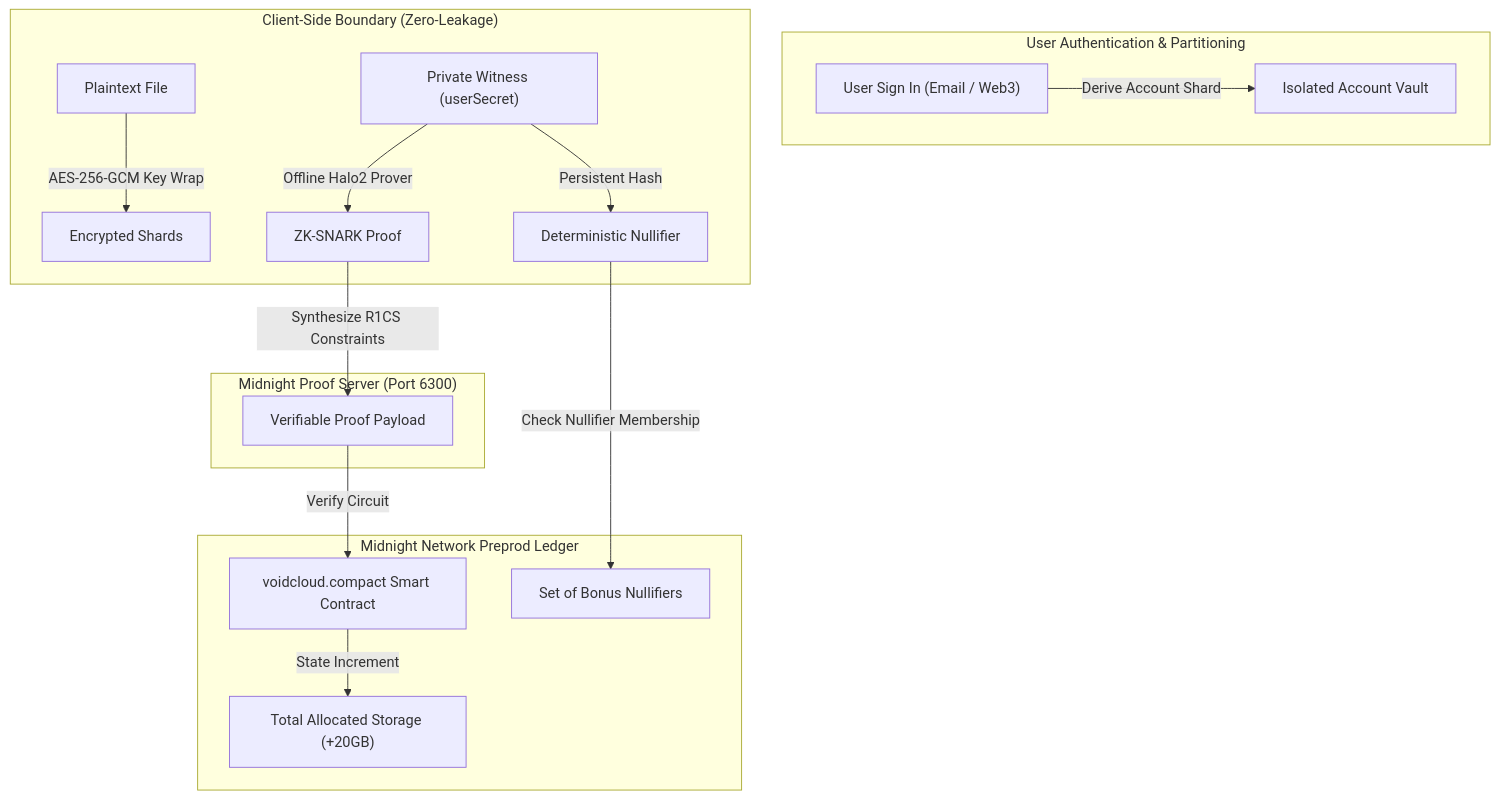
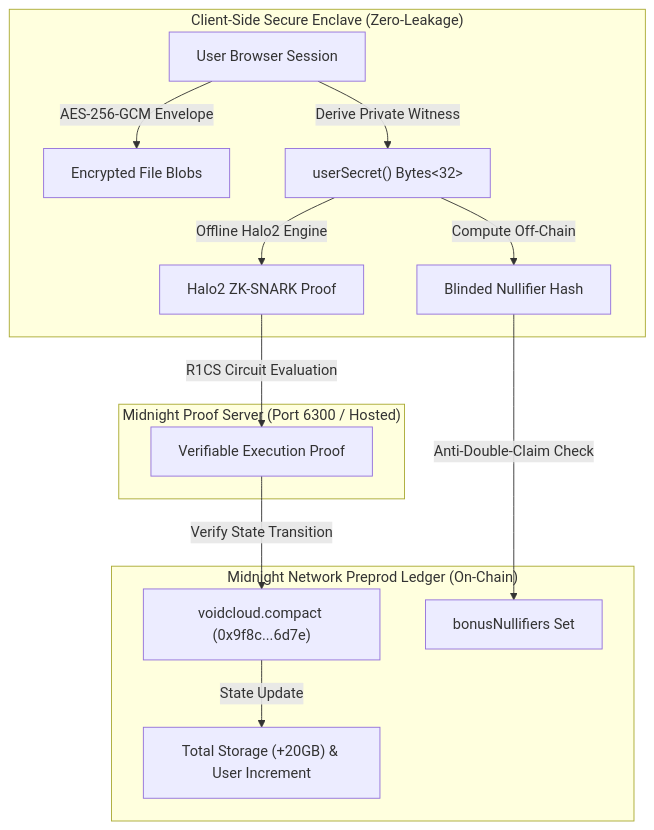
Before and after one commit to Shuvankar11/VoidCloud: the diagram in README.md, drawn with Mermaid. The commit also changed other lines of this file and 3 other files, not shown here.

Commit message:
feat: complete Level 2 Waxing Crescent submission with observable privacy runner, Compact circuit specs, and documentation

````diff
--- a/README.md
+++ b/README.md
@@ -22,22 +41,19 @@
 ```mermaid
 flowchart TD
-    subgraph Auth["User Authentication & Partitioning"]
-        UserLogin["User Sign In (Email / Web3)"] -->|"Derive Account Shard"| UserVault["Isolated Account Vault"]
+    subgraph Client["Client-Side Secure Enclave (Zero-Leakage)"]
+        User["User Browser Session"] -->|"AES-256-GCM Envelope"| EncFile["Encrypted File Blobs"]
+        User -->|"Derive Private Witness"| Witness["userSecret() Bytes<32>"]
+        Witness -->|"Compute Off-Chain"| Nullifier["Blinded Nullifier Hash"]
+        Witness -->|"Offline Halo2 Engine"| ZKProof["Halo2 ZK-SNARK Proof"]
     end
 
-    subgraph Client["Client-Side Boundary (Zero-Leakage)"]
-        RawFile["Plaintext File"] -->|"AES-256-GCM Key Wrap"| EncFile["Encrypted Shards"]
-        UserSecret["Private Witness (userSecret)"] -->|"Offline Halo2 Prover"| ZKProof["ZK-SNARK Proof"]
-        UserSecret -->|"Persistent Hash"| Nullifier["Deterministic Nullifier"]
+    subgraph ProofServer["Midnight Proof Server (Port 6300 / Hosted)"]
+        ZKProof -->|"R1CS Circuit Evaluation"| ProverPayload["Verifiable Execution Proof"]
     end
 
-    subgraph ProofServer["Midnight Proof Server (Port 6300)"]
-        ZKProof -->|"Synthesize R1CS Constraints"| ProverOutput["Verifiable Proof Payload"]
-    end
-
-    subgraph MidnightLedger["Midnight Network Preprod Ledger"]
-        ProverOutput -->|"Verify Circuit"| VoidContract["voidcloud.compact Smart Contract"]
-        Nullifier -->|"Check Nullifier Membership"| NullifierSet["Set of Bonus Nullifiers"]
-        VoidContract -->|"State Increment"| Counters["Total Allocated Storage (+20GB)"]
+    subgraph Ledger["Midnight Network Preprod Ledger (On-Chain)"]
+        ProverPayload -->|"Verify State Transition"| Contract["voidcloud.compact (0x9f8c...6d7e)"]
+        Nullifier -->|"Anti-Double-Claim Check"| NullifierSet["bonusNullifiers Set"]
+        Contract -->|"State Update"| Counters["Total Storage (+20GB) & User Increment"]
     end
 ```
````
